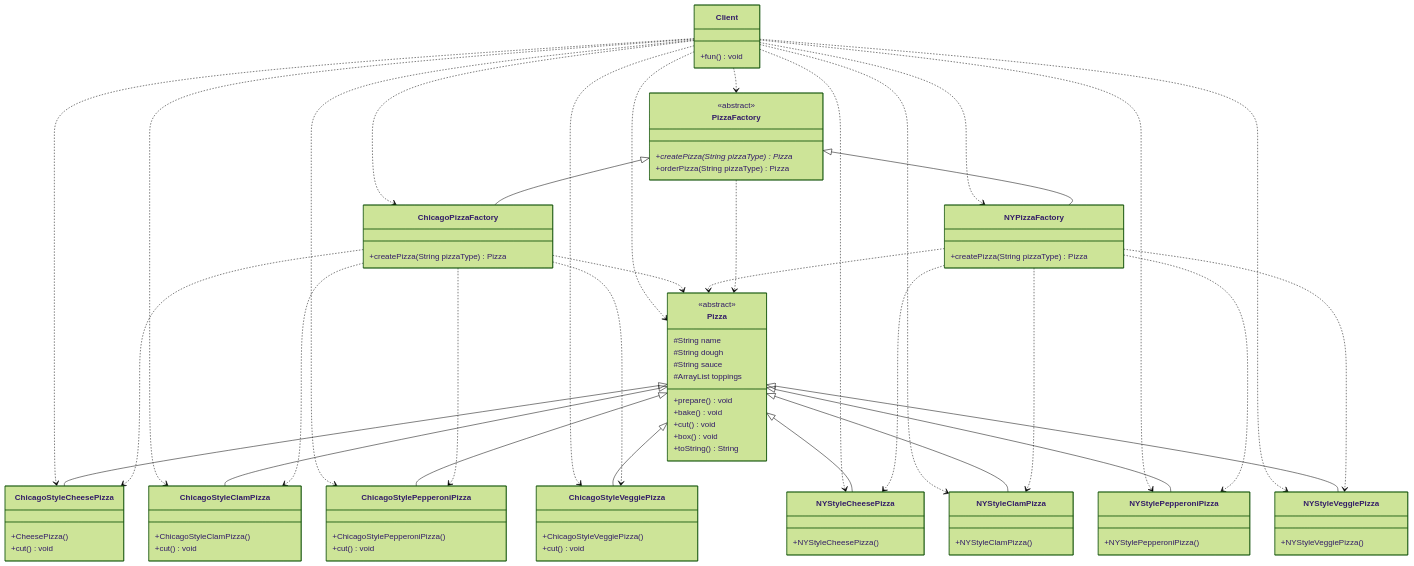
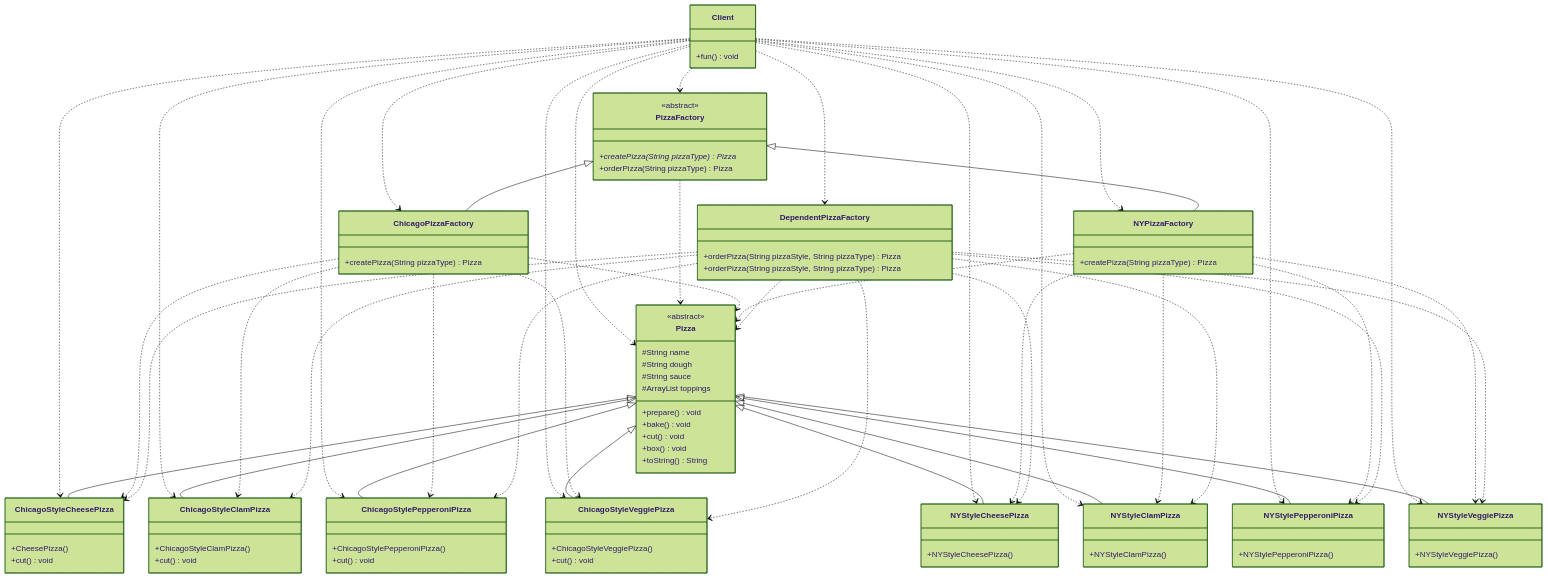
One commit to lingwh1995/books changed diagram 18 of 18 in general/designpattern/designpattern-java/designpattern-java.md. Above: the diagram before and after it, drawn with Mermaid (forest theme). The commit also changed other lines of this file, not shown here.

````diff
--- a/general/designpattern/designpattern-java/designpattern-java.md
+++ b/general/designpattern/designpattern-java/designpattern-java.md
@@ -1041,8 +1041,5 @@
 ```mermaid
 classDiagram
-    Client ..> PizzaFactory
-    Client ..> NYPizzaFactory
-    Client ..> ChicagoPizzaFactory
     Client ..> Pizza
     Client ..> ChicagoStyleCheesePizza
     Client ..> ChicagoStyleClamPizza
@@ -1052,6 +1049,10 @@
     Client ..> NYStyleClamPizza
     Client ..> NYStylePepperoniPizza
     Client ..> NYStyleVeggiePizza
+    Client ..> PizzaFactory
+    Client ..> NYPizzaFactory
+    Client ..> ChicagoPizzaFactory
+    Client ..> DependentPizzaFactory
     Pizza <|-- ChicagoStyleCheesePizza
     Pizza <|-- ChicagoStyleClamPizza
     Pizza <|-- ChicagoStylePepperoniPizza
@@ -1062,8 +1063,9 @@
     Pizza <|-- NYStyleVeggiePizza
     PizzaFactory <|-- ChicagoPizzaFactory
     PizzaFactory <|-- NYPizzaFactory
+    PizzaFactory ..> Pizza
+    ChicagoPizzaFactory ..> Pizza
     ChicagoPizzaFactory ..> ChicagoStyleCheesePizza
-    ChicagoPizzaFactory ..> Pizza
     ChicagoPizzaFactory ..> ChicagoStyleClamPizza
     ChicagoPizzaFactory ..> ChicagoStylePepperoniPizza
     ChicagoPizzaFactory ..> ChicagoStyleVeggiePizza
@@ -1072,7 +1074,15 @@
     NYPizzaFactory ..> NYStyleClamPizza
     NYPizzaFactory ..> NYStylePepperoniPizza
     NYPizzaFactory ..> NYStyleVeggiePizza
-    PizzaFactory ..> Pizza
+    DependentPizzaFactory ..> Pizza
+    DependentPizzaFactory ..> ChicagoStyleCheesePizza
+    DependentPizzaFactory ..> ChicagoStyleClamPizza
+    DependentPizzaFactory ..> ChicagoStylePepperoniPizza
+    DependentPizzaFactory ..> ChicagoStyleVeggiePizza
+    DependentPizzaFactory ..> NYStyleCheesePizza
+    DependentPizzaFactory ..> NYStyleClamPizza
+    DependentPizzaFactory ..> NYStylePepperoniPizza
+    DependentPizzaFactory ..> NYStyleVeggiePizza
     class Pizza {
         #String name
 	    #String dough
@@ -1122,6 +1132,10 @@
     class NYPizzaFactory {
         +createPizza(String pizzaType) Pizza
     }
+    class DependentPizzaFactory {
+        +orderPizza(String pizzaStyle, String pizzaType) Pizza
+        +orderPizza(String pizzaStyle, String pizzaType) Pizza
+    }
     class Client {
         +fun() void
     }
````
